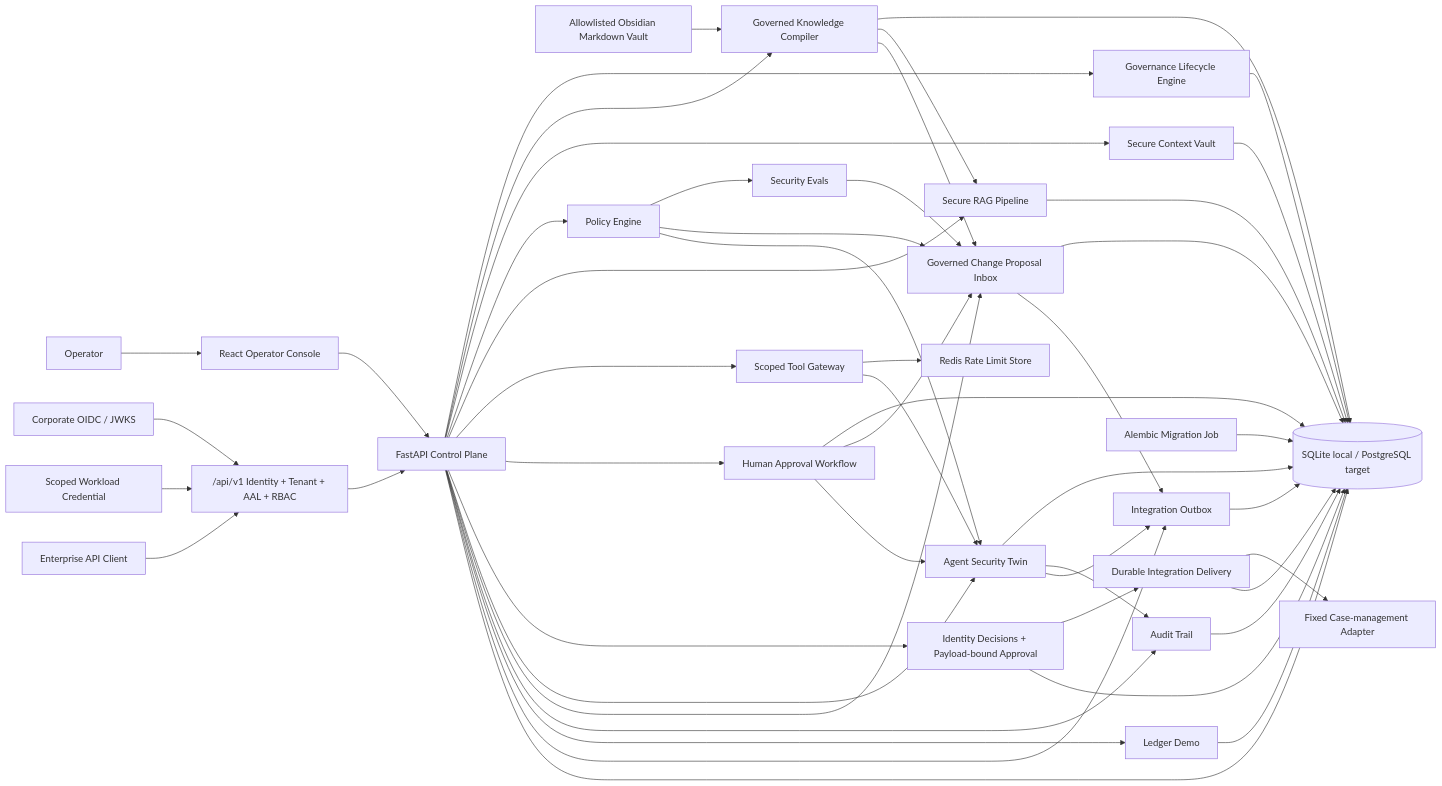
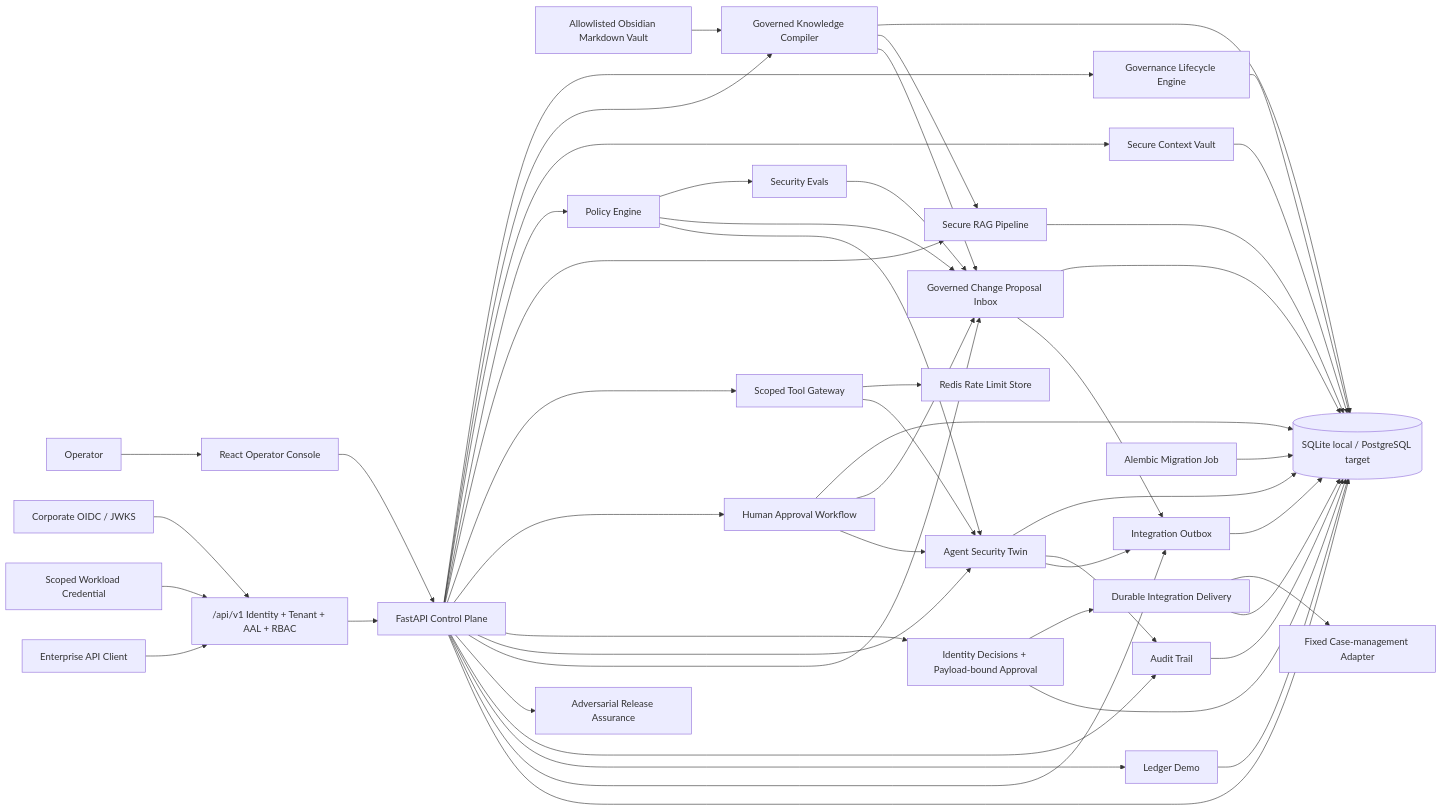
One commit to danieloza/regulated-ai-agent-platform changed the diagram in README.md. Above: the diagram before and after it, drawn with Mermaid. The commit also changed other lines of this file and 18 other files, not shown here.

Commit message:
Add adversarial release assurance

````diff
--- a/README.md
+++ b/README.md
@@ -276,52 +288,53 @@
 ```mermaid
 flowchart LR
   Operator["Operator"] --> UI["React Operator Console"]
   IdP["Corporate OIDC / JWKS"] --> Gateway["/api/v1 Identity + Tenant + AAL + RBAC"]
   Workload["Scoped Workload Credential"] --> Gateway
   Client["Enterprise API Client"] --> Gateway
   UI --> API["FastAPI Control Plane"]
   Gateway --> API
   API --> Lifecycles["Governance Lifecycle Engine"]
   API --> Knowledge["Governed Knowledge Compiler"]
   Obsidian["Allowlisted Obsidian Markdown Vault"] --> Knowledge
   API --> Context["Secure Context Vault"]
   API --> Policy["Policy Engine"]
   API --> RAG["Secure RAG Pipeline"]
   API --> Tools["Scoped Tool Gateway"]
   API --> Approvals["Human Approval Workflow"]
   API --> Trust["Identity Decisions + Payload-bound Approval"]
   Trust --> Delivery["Durable Integration Delivery"]
   Delivery --> CaseSystem["Fixed Case-management Adapter"]
   API --> Twin["Agent Security Twin"]
   API --> Proposals["Governed Change Proposal Inbox"]
+  API --> Assurance["Adversarial Release Assurance"]
   API --> Audit["Audit Trail"]
   API --> Ledger["Ledger Demo"]
   API --> Outbox["Integration Outbox"]
   Tools --> Redis["Redis Rate Limit Store"]
   API --> DB[("SQLite local / PostgreSQL target")]
   Migrations["Alembic Migration Job"] --> DB
   RAG --> DB
   Audit --> DB
   Approvals --> DB
   Trust --> DB
   Delivery --> DB
   Ledger --> DB
   Lifecycles --> DB
   Knowledge --> DB
   Context --> DB
   Proposals --> DB
   Twin --> DB
   Knowledge --> RAG
   Outbox --> DB
   Policy --> Evals["Security Evals"]
   Policy --> Proposals
   Knowledge --> Proposals
   Approvals --> Proposals
   Evals --> Proposals
   Proposals --> Outbox
   Policy --> Twin
   Tools --> Twin
   Approvals --> Twin
   Twin --> Audit
   Twin --> Outbox
 ```
````
